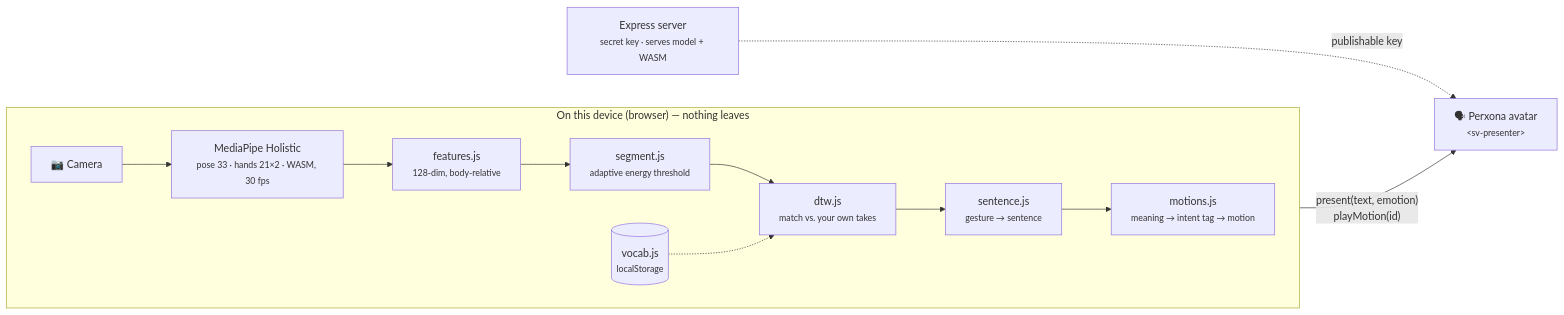
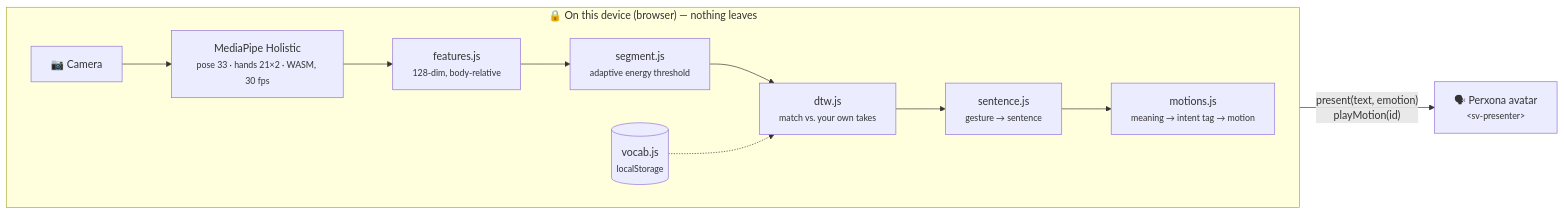
Before and after one commit to Poyen-Chen/Signer_Avatar: the second of 2 diagrams in README.md, drawn with Mermaid. The commit also changed other lines of this file and 2 other files, not shown here.

````diff
--- a/README.md
+++ b/README.md
@@ -97,15 +173,14 @@
 ```mermaid
 flowchart LR
-    subgraph device["On this device (browser) — nothing leaves"]
+    subgraph device["🔒 On this device (browser) — nothing leaves"]
         direction LR
         CAM["📷 Camera"] --> MP["MediaPipe Holistic<br/><small>pose 33 · hands 21×2 · WASM, 30 fps</small>"]
         MP --> FE["features.js<br/><small>128-dim, body-relative</small>"]
         FE --> SEG["segment.js<br/><small>adaptive energy threshold</small>"]
         SEG --> DTW["dtw.js<br/><small>match vs. your own takes</small>"]
         VOC[("vocab.js<br/><small>localStorage</small>")] -.-> DTW
         DTW --> SEN["sentence.js<br/><small>gesture → sentence</small>"]
         SEN --> MOT["motions.js<br/><small>meaning → intent tag → motion</small>"]
     end
     MOT -->|"present(text, emotion)<br/>playMotion(id)"| AV["🗣 Perxona avatar<br/><small>&lt;sv-presenter&gt;</small>"]
-    EX["Express server<br/><small>secret key · serves model + WASM</small>"] -.->|"publishable key"| AV
 ```
````
